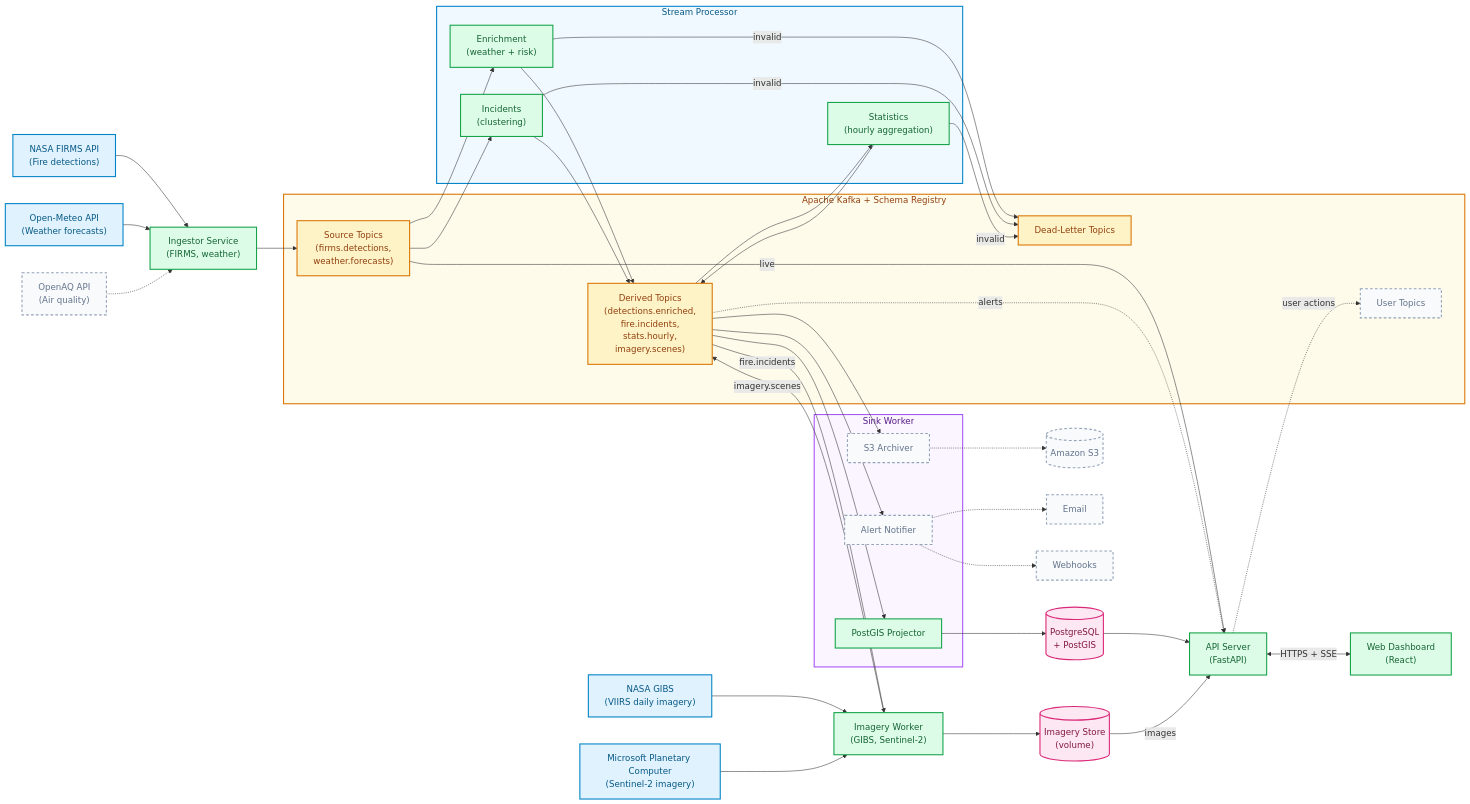
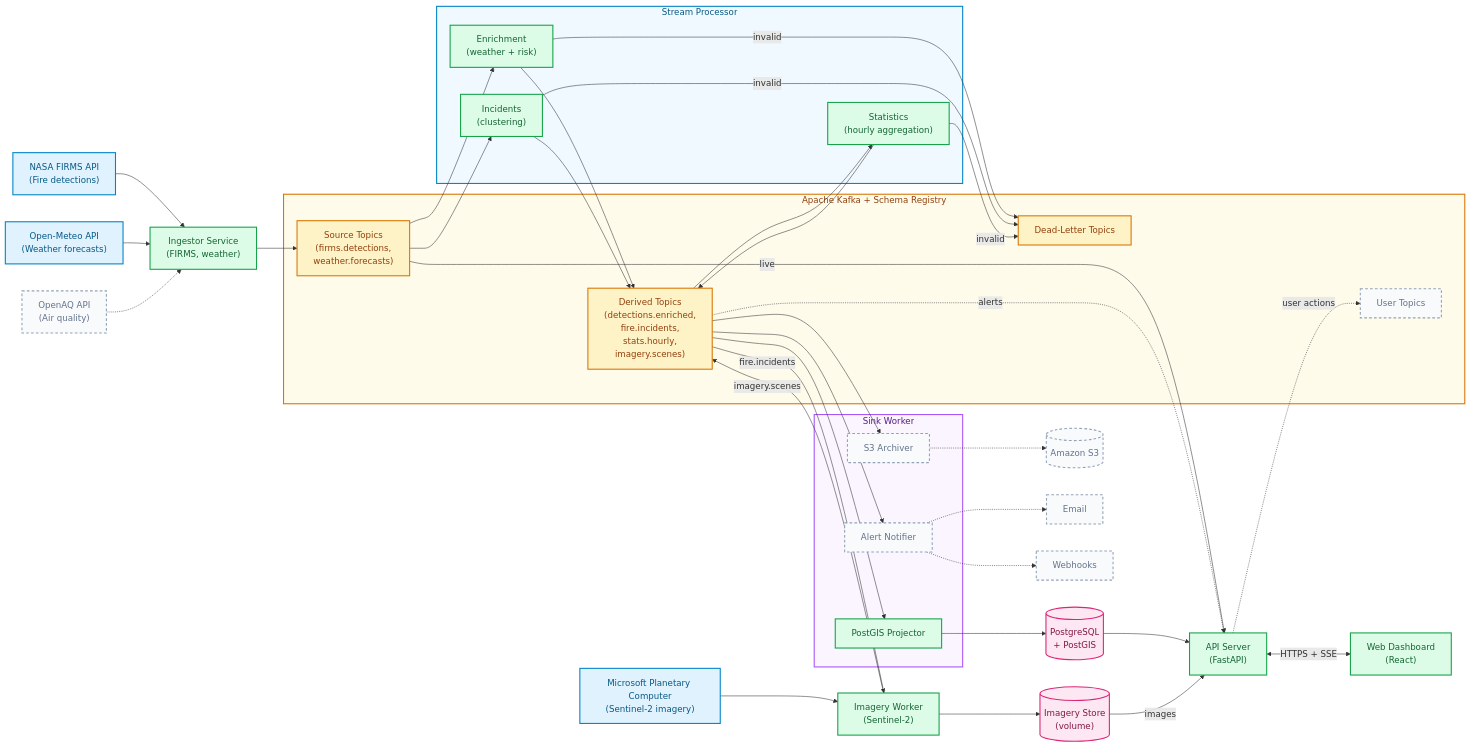
The diagram in README.md (marcparaira/wildfire-intelligence-platform), drawn with Mermaid before and after one commit. The commit also changed other lines of this file and 27 other files, not shown here.

```diff
--- a/README.md
+++ b/README.md
@@ -46,9 +46,8 @@
     end
 
     %% Imagery Worker and its sources (shares packages/producers with the ingestor)
-    GIBS["NASA GIBS<br/>(VIIRS daily imagery)"]
     PC["Microsoft Planetary Computer<br/>(Sentinel-2 imagery)"]
-    IMG["Imagery Worker<br/>(GIBS, Sentinel-2)"]
+    IMG["Imagery Worker<br/>(Sentinel-2)"]
 
     %% Data Storage & Destinations
     DB[("PostgreSQL<br/>+ PostGIS")]
@@ -89,7 +88,6 @@
 
     %% Imagery Worker: incidents in; images to the store, scene metadata back to Kafka
     T_DER -->|fire.incidents| IMG
-    GIBS --> IMG
     PC --> IMG
     IMG -->|imagery.scenes| T_DER
     IMG --> STORE
@@ -111,7 +109,7 @@
     classDef streaming fill:#fef3c7,stroke:#d97706,stroke-width:2px,color:#92400e
     classDef storage fill:#fce7f3,stroke:#db2777,stroke-width:2px,color:#831843
 
-    class FIRMS,METEO,GIBS,PC external
+    class FIRMS,METEO,PC external
     class ING,IMG done
     class T_SRC,T_DER,T_DLQ streaming
     class DB,STORE storage
```
